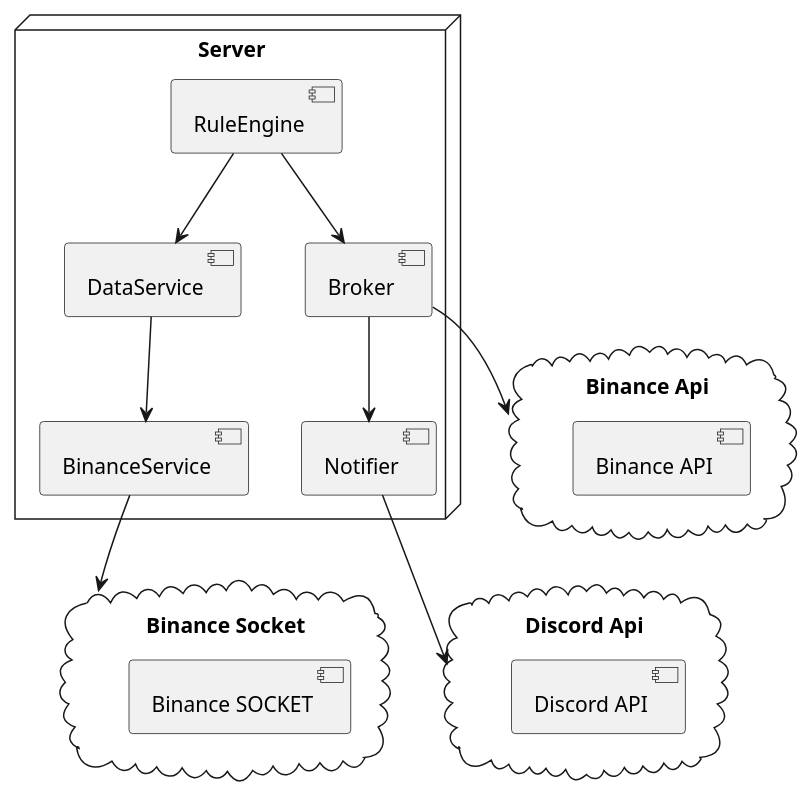
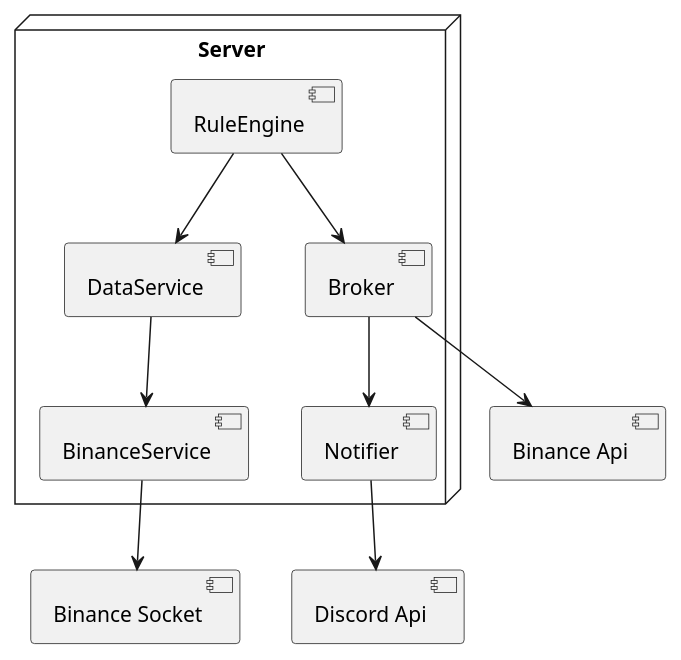
The diagram in Diagramas/cloudAPICode.puml (AbrahamOsco/Ejercicios-Java-POO), drawn with PlantUML before and after one commit. The commit also changed 69 other files, not shown here.

Commit message:
Add all diagrmas of patterns Add diagrams 4+1 Architectural view models

```diff
--- a/Diagramas/cloudAPICode.puml
+++ b/Diagramas/cloudAPICode.puml
@@ -1,34 +1,21 @@
 @startuml PhysicalView
 
 
 node "Server" {
   [DataService]
   [BinanceService]
   [RuleEngine]
   [Broker]
   [Notifier]
 }
 
-cloud "Binance Socket" {
-  [Binance SOCKET]
-}
-
-cloud "Binance Api" {
-  [Binance API]
-}
-
-cloud "Discord Api" {
-  [Discord API]
-}
-
-
 
 [DataService] --> [BinanceService]
 [BinanceService] --> [Binance Socket]
 [RuleEngine] --> [DataService]
 [RuleEngine] --> [Broker]
 [Broker] --> [Binance Api]
 [Broker] --> [Notifier]
 [Notifier] --> [Discord Api]
 
 @enduml
```
